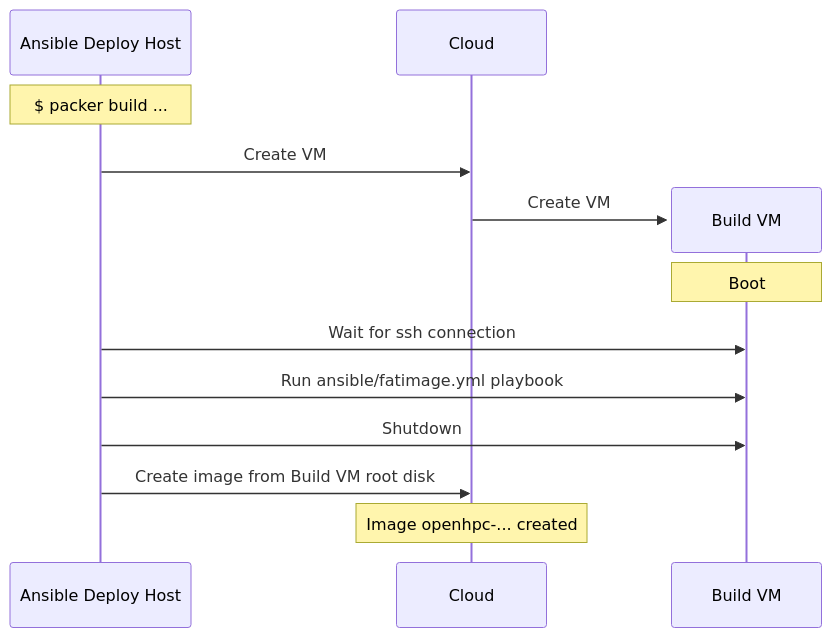
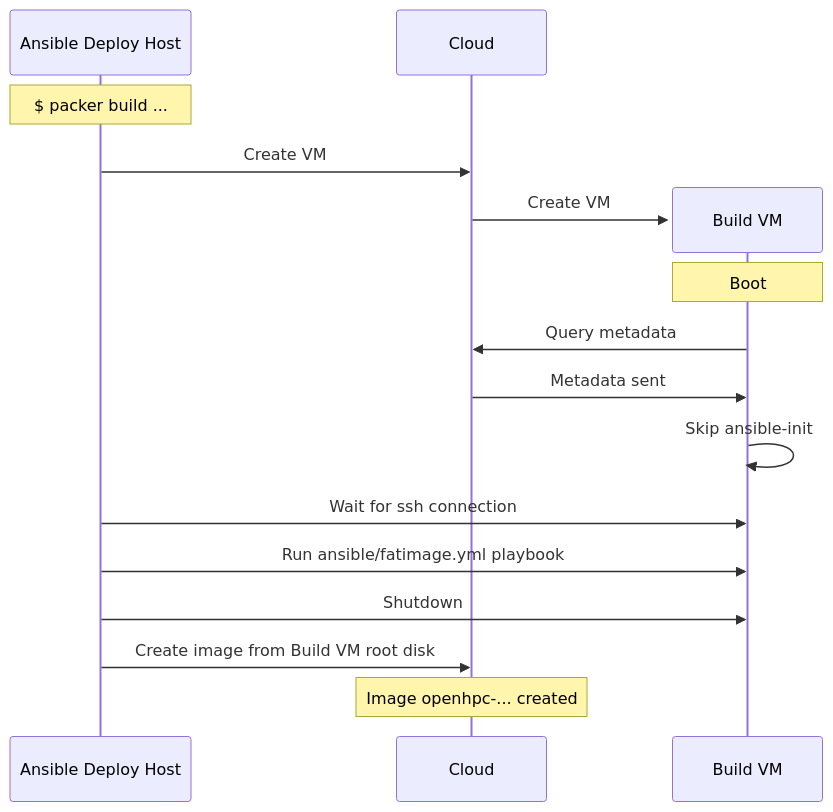
One commit to stackhpc/ansible-slurm-appliance changed the diagram in docs/sequence.md. Above: the diagram before and after it, drawn with Mermaid.

````diff
--- a/docs/sequence.md
+++ b/docs/sequence.md
@@ -13,17 +13,20 @@
 ```mermaid
 sequenceDiagram
     participant ansible as Ansible Deploy Host
     participant cloud as Cloud
     note over ansible: $ packer build ...
     ansible->>cloud: Create VM
     create participant packer as Build VM
     cloud->>packer: Create VM
     note over packer: Boot
+    packer->>cloud: Query metadata
+    cloud->>packer: Metadata sent
+    packer->>packer: Skip ansible-init
     ansible->>packer: Wait for ssh connection
     ansible->>packer: Run ansible/fatimage.yml playbook
     ansible->>packer: Shutdown
     ansible->>cloud: Create image from Build VM root disk
     destroy packer
     note over cloud: Image openhpc-... created
 
 ```
````
